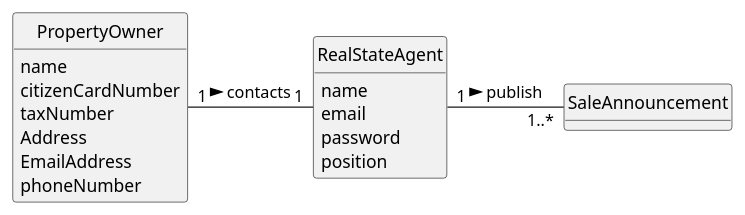
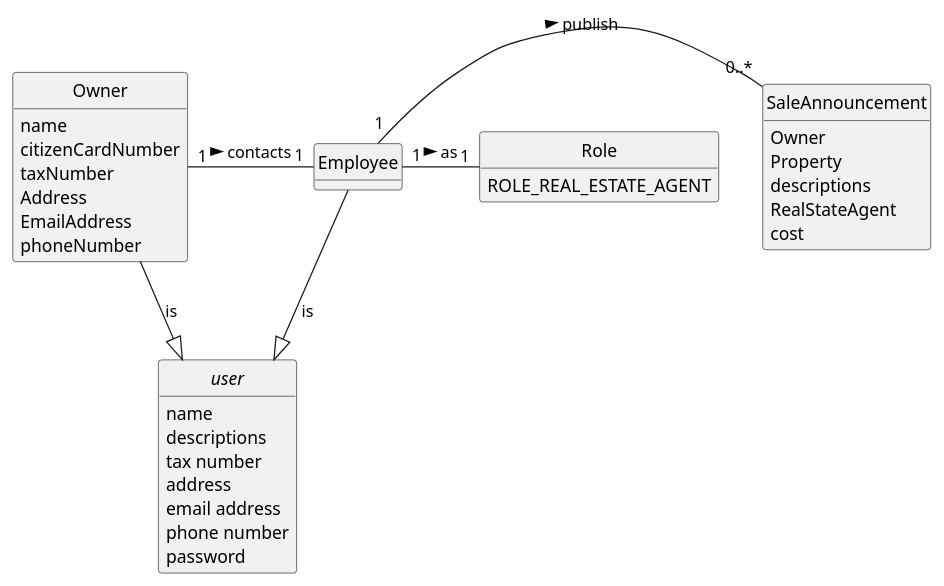
One commit to hugosilva2901/lei-22-s2-1DO-g68 changed the diagram in lei-22-s2-1do-g68/docs/sprintA/us002/02.analysis/puml/us002-domain-model.puml. Above: the diagram before and after it, drawn with PlantUML. The commit also changed 5 other files, not shown here.

Commit message:
diagrama de sequencias alternativo e use case começado

```diff
--- a/lei-22-s2-1do-g68/docs/sprintA/us002/02.analysis/puml/us002-domain-model.puml
+++ b/lei-22-s2-1do-g68/docs/sprintA/us002/02.analysis/puml/us002-domain-model.puml
@@ -1,36 +1,52 @@
 @startuml
 skinparam monochrome true
 skinparam packageStyle rectangle
 skinparam shadowing false
 
 'left to right direction
 
 skinparam classAttributeIconSize 0
 
 hide circle
 hide methods
 
-class PropertyOwner{
+class Owner{
  name
  citizenCardNumber
  taxNumber
  Address
  EmailAddress
  phoneNumber
 }
 
-class RealStateAgent{
+class Employee {
+
+}
+class Role {
+    ROLE_REAL_ESTATE_AGENT
+}
+
+abstract class user{
     name
-    email
+    descriptions
+    tax number
+    address
+    email address
+    phone number
     password
-    position
 }
 
 class SaleAnnouncement{
-
+    Owner
+    Property
+    descriptions
+    RealStateAgent
+    cost
 }
 
-RealStateAgent "1" - "1..*" SaleAnnouncement : publish >
-PropertyOwner"1" - "1" RealStateAgent : contacts >
-
+Owner"1" - "1" Employee : contacts >
+Employee "1" - "0..*" SaleAnnouncement : publish >
+Owner --|> user : is
+Employee --|> user : is
+Employee "1" - "1" Role: as >
 @enduml
```
